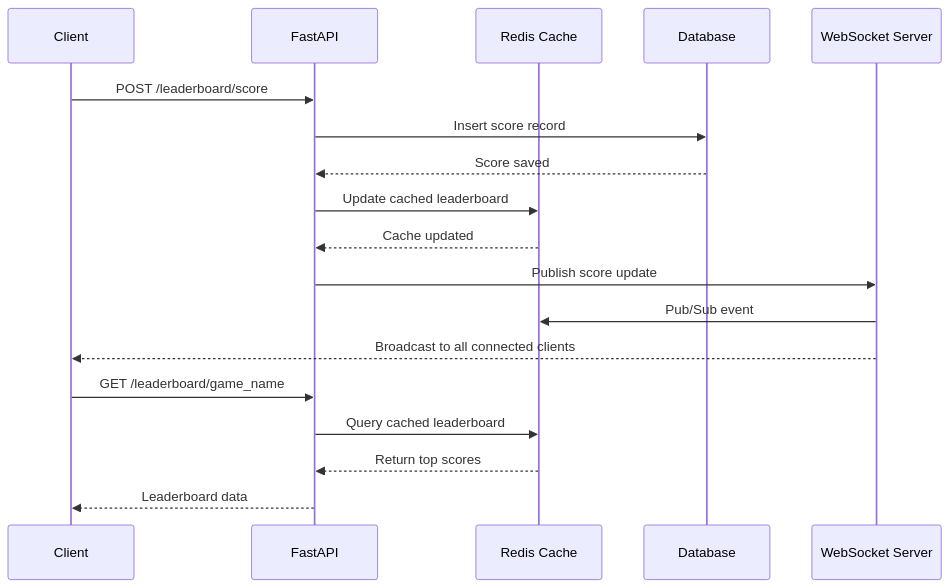
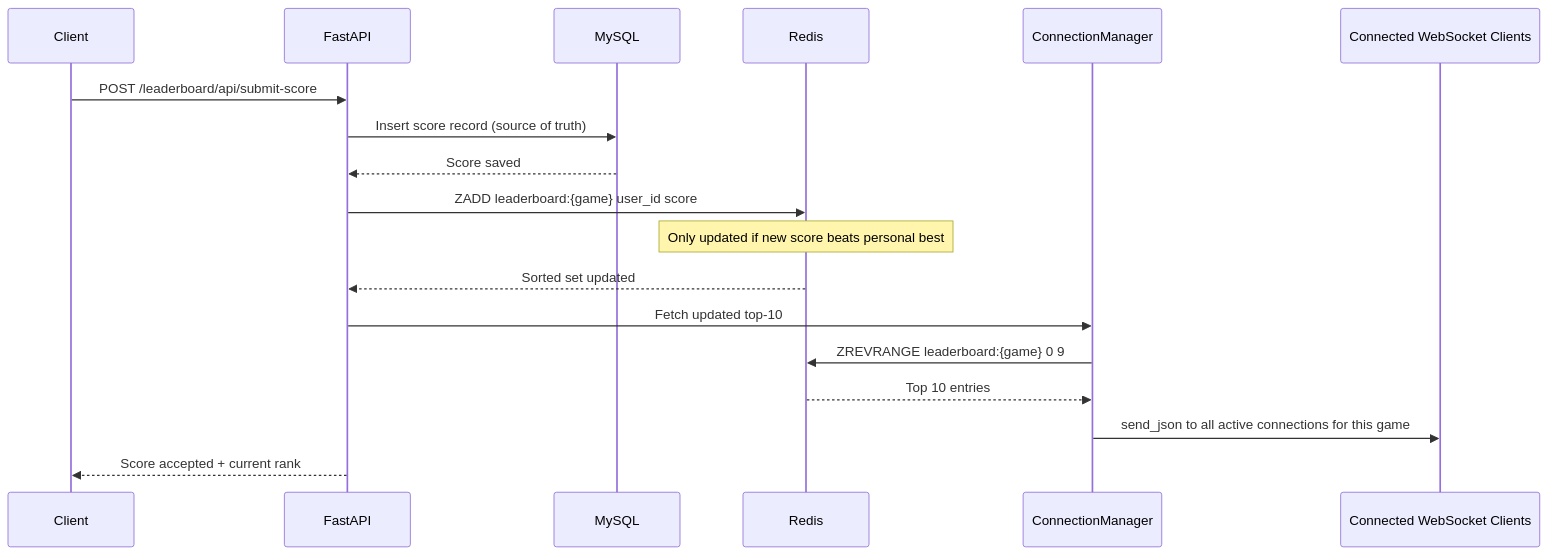
Before and after one commit to fara77ezma/Leader-Board-Real-Time-System: the third of 4 diagrams in ARCHITECTURE.md, drawn with Mermaid. The commit also changed other lines of this file, not shown here.

First line of the commit message:
Revise architecture document for clarity and accuracy

````diff
--- a/ARCHITECTURE.md
+++ b/ARCHITECTURE.md
@@ -89,22 +90,21 @@
 ```mermaid
 sequenceDiagram
     participant Client
     participant API as FastAPI
-    participant Redis as Redis Cache
-    participant DB as Database
-    participant WS as WebSocket Server
+    participant DB as MySQL
+    participant Redis as Redis
+    participant CM as ConnectionManager
+    participant WS as Connected WebSocket Clients
     
-    Client->>API: POST /leaderboard/score
-    API->>DB: Insert score record
+    Client->>API: POST /leaderboard/api/submit-score
+    API->>DB: Insert score record (source of truth)
     DB-->>API: Score saved
-    API->>Redis: Update cached leaderboard
-    Redis-->>API: Cache updated
-    API->>WS: Publish score update
-    WS->>Redis: Pub/Sub event
-    WS-->>Client: Broadcast to all connected clients
-    
-    Client->>API: GET /leaderboard/game_name
-    API->>Redis: Query cached leaderboard
-    Redis-->>API: Return top scores
-    API-->>Client: Leaderboard data
+    API->>Redis: ZADD leaderboard:{game} user_id score
+    Note over Redis: Only updated if new score beats personal best
+    Redis-->>API: Sorted set updated
+    API->>CM: Fetch updated top-10
+    CM->>Redis: ZREVRANGE leaderboard:{game} 0 9
+    Redis-->>CM: Top 10 entries
+    CM->>WS: send_json to all active connections for this game
+    API-->>Client: Score accepted + current rank
 ```
````
